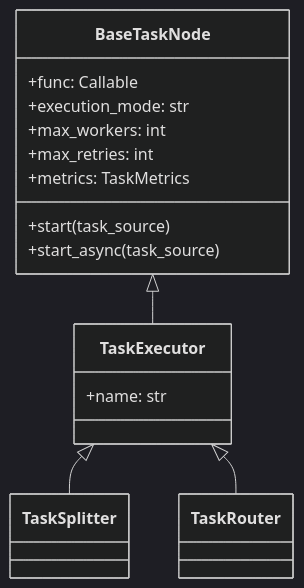
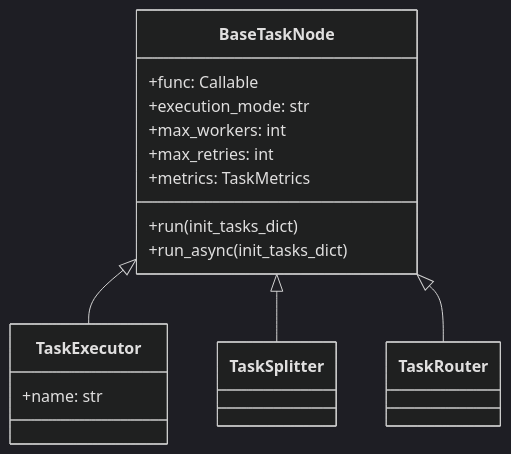
One commit to Mr-xiaotian/CelestialFlow changed the second of 9 diagrams in docs/zh-CN/presentation.md. Above: the diagram before and after it, drawn with Mermaid (dark theme). The commit also changed other lines of this file and 100 other files, not shown here.

````diff
--- a/docs/zh-CN/presentation.md
+++ b/docs/zh-CN/presentation.md
@@ -139,19 +139,19 @@
 ```mermaid
 classDiagram
     BaseTaskNode <|-- TaskExecutor
-    TaskExecutor <|-- TaskSplitter
-    TaskExecutor <|-- TaskRouter
+    BaseTaskNode <|-- TaskSplitter
+    BaseTaskNode <|-- TaskRouter
     class BaseTaskNode {
         +func: Callable
         +execution_mode: str
         +max_workers: int
         +max_retries: int
         +metrics: TaskMetrics
-        +start(task_source)
-        +start_async(task_source)
+        +run(init_tasks_dict)
+        +run_async(init_tasks_dict)
     }
 
     class TaskExecutor {
         +name: str
     }
 ```
````
